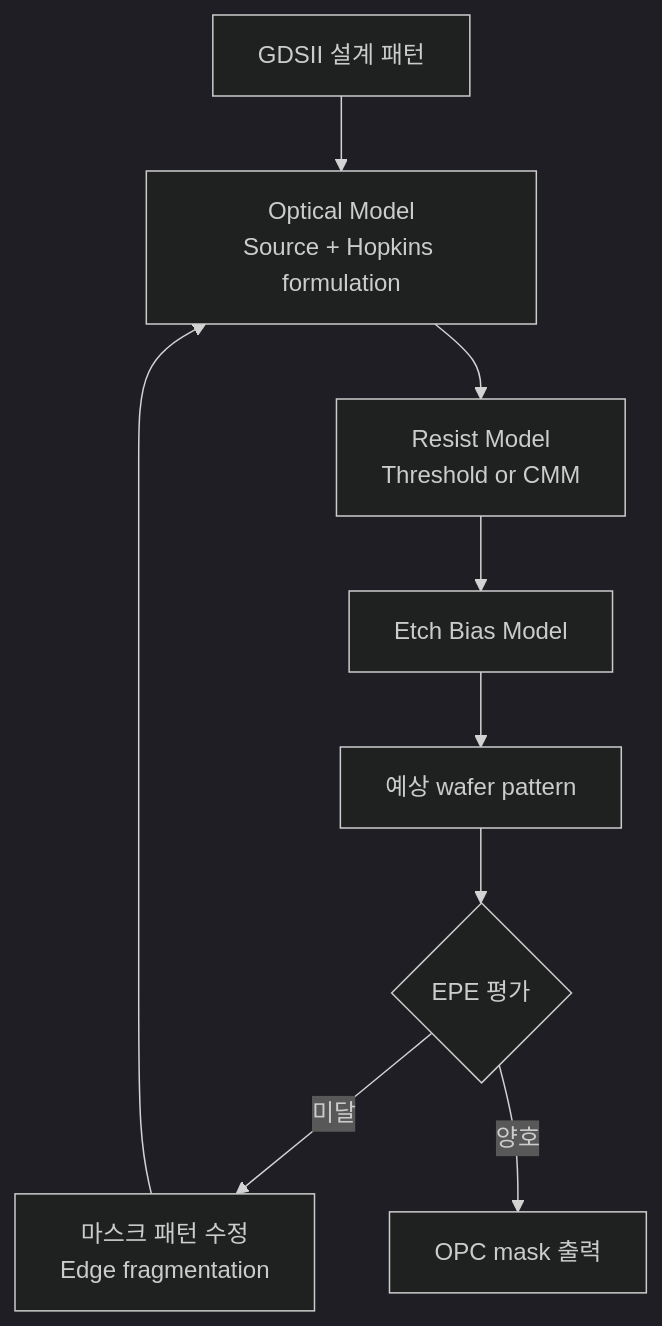
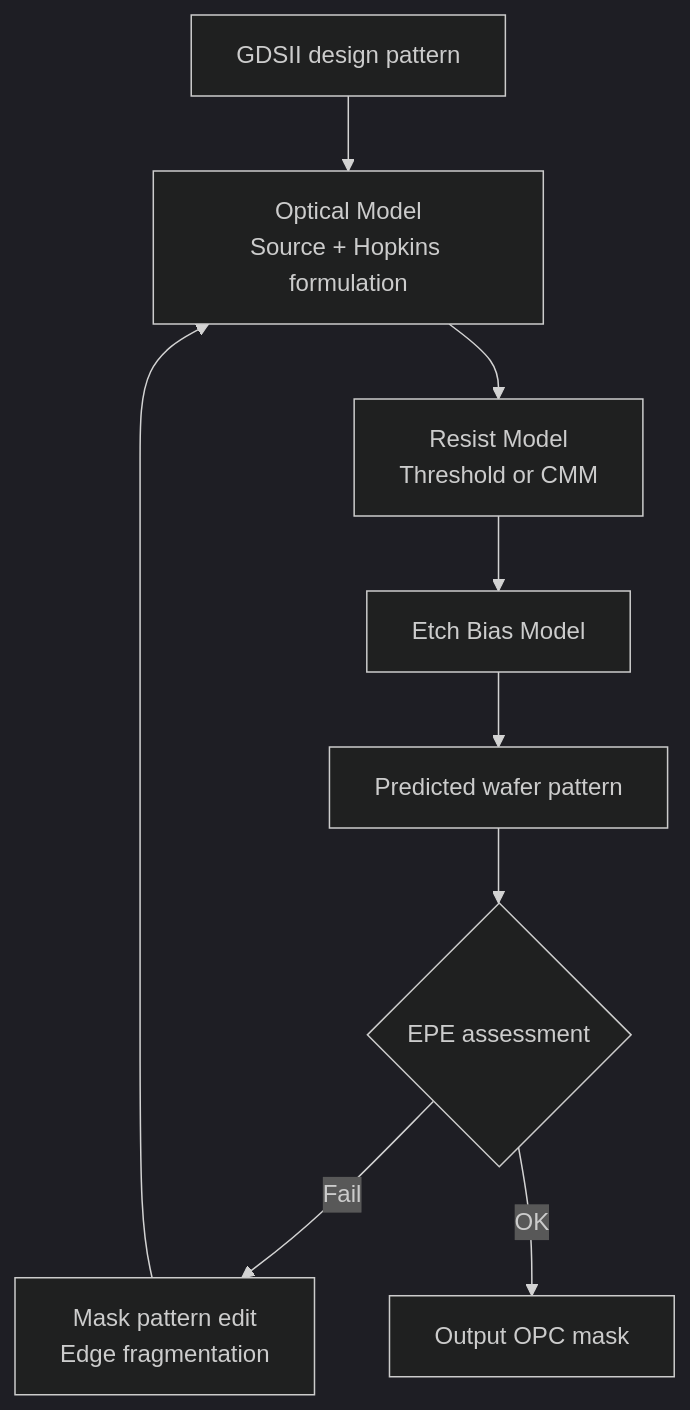
One commit to btjeon/sic-wiki changed the second of 3 diagrams in docs/04-control-ai/photo-opc.md. Above: the diagram before and after it, drawn with Mermaid (dark theme). The commit also changed other lines of this file and 9 other files, not shown here.

````diff
--- a/docs/04-control-ai/photo-opc.md
+++ b/docs/04-control-ai/photo-opc.md
@@ -33,11 +38,11 @@
 ```mermaid
 flowchart TD
-    A[GDSII 설계 패턴] --> B[Optical Model<br/>Source + Hopkins formulation]
+    A[GDSII design pattern] --> B[Optical Model<br/>Source + Hopkins formulation]
     B --> C[Resist Model<br/>Threshold or CMM]
     C --> D[Etch Bias Model]
-    D --> E[예상 wafer pattern]
-    E --> F{EPE 평가}
-    F -- 미달 --> G[마스크 패턴 수정<br/>Edge fragmentation]
+    D --> E[Predicted wafer pattern]
+    E --> F{EPE assessment}
+    F -- Fail --> G[Mask pattern edit<br/>Edge fragmentation]
     G --> B
-    F -- 양호 --> H[OPC mask 출력]
+    F -- OK --> H[Output OPC mask]
 ```
````
